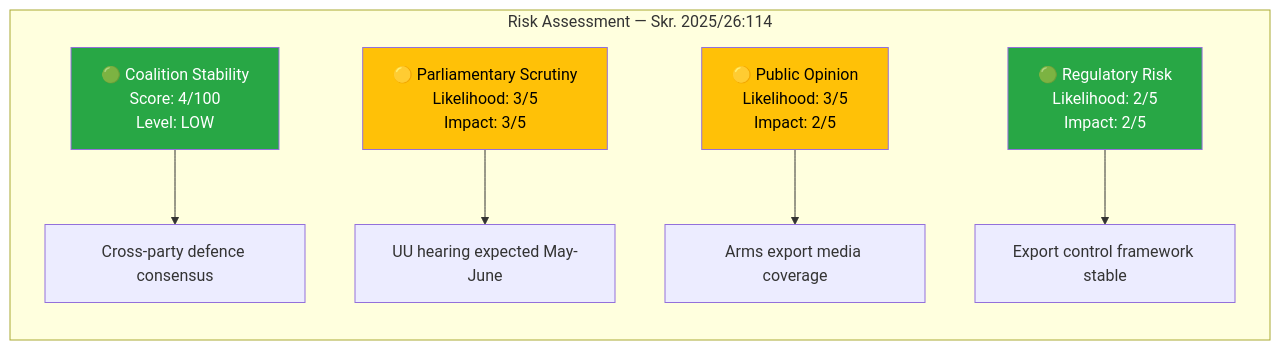
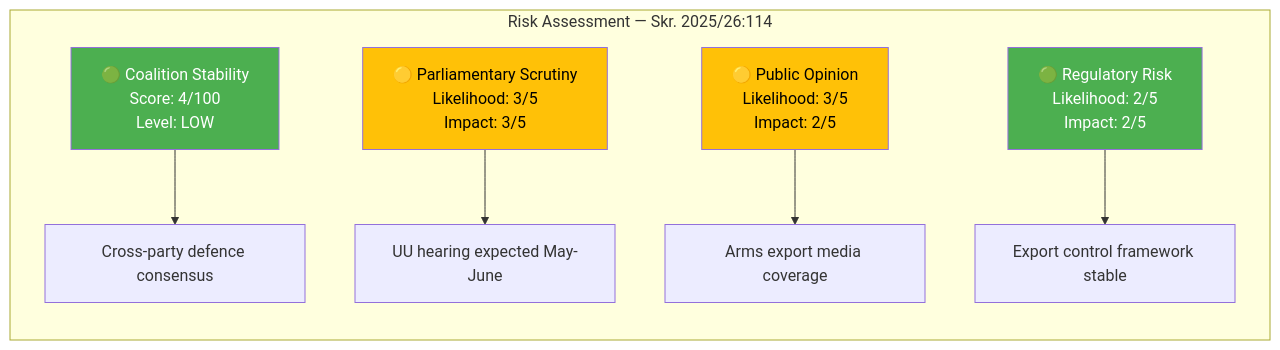
The diagram in analysis/daily/2026-04-08/propositions/risk-assessment.md (Hack23/riksdagsmonitor), drawn with Mermaid before and after one commit. The commit also changed 785 other files, not shown here.

First line of the commit message:
Normalize mermaid colors across 786 analysis artifacts to ISMS Style Guide palette

````diff
--- a/analysis/daily/2026-04-08/propositions/risk-assessment.md
+++ b/analysis/daily/2026-04-08/propositions/risk-assessment.md
@@ -15,14 +15,14 @@
 ```mermaid
 graph LR
     subgraph "Risk Assessment — Skr. 2025/26:114"
         direction TB
         A["🟢 Coalition Stability<br/>Score: 4/100<br/>Level: LOW"] --> D["Cross-party defence consensus"]
         B["🟡 Parliamentary Scrutiny<br/>Likelihood: 3/5<br/>Impact: 3/5"] --> E["UU hearing expected May-June"]
         C["🟡 Public Opinion<br/>Likelihood: 3/5<br/>Impact: 2/5"] --> F["Arms export media coverage"]
         G["🟢 Regulatory Risk<br/>Likelihood: 2/5<br/>Impact: 2/5"] --> H["Export control framework stable"]
     end
-    style A fill:#28a745,color:#fff
-    style B fill:#ffc107,color:#000
-    style C fill:#ffc107,color:#000
-    style G fill:#28a745,color:#fff
+    style A fill:#4CAF50,color:#FFFFFF
+    style B fill:#FFC107,color:#000000
+    style C fill:#FFC107,color:#000000
+    style G fill:#4CAF50,color:#FFFFFF
 ```
````
